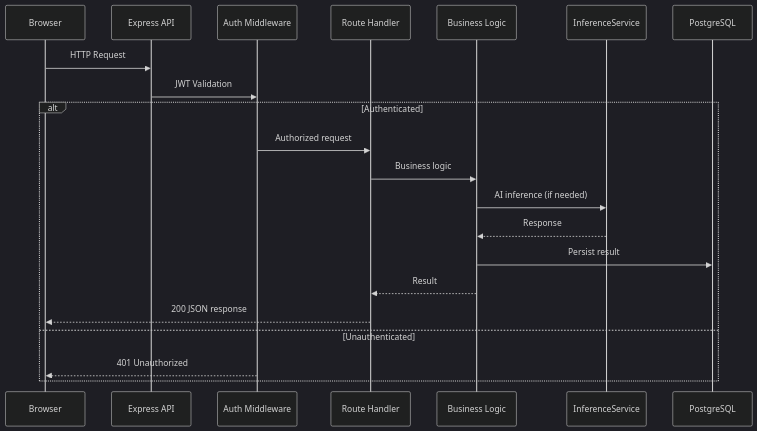
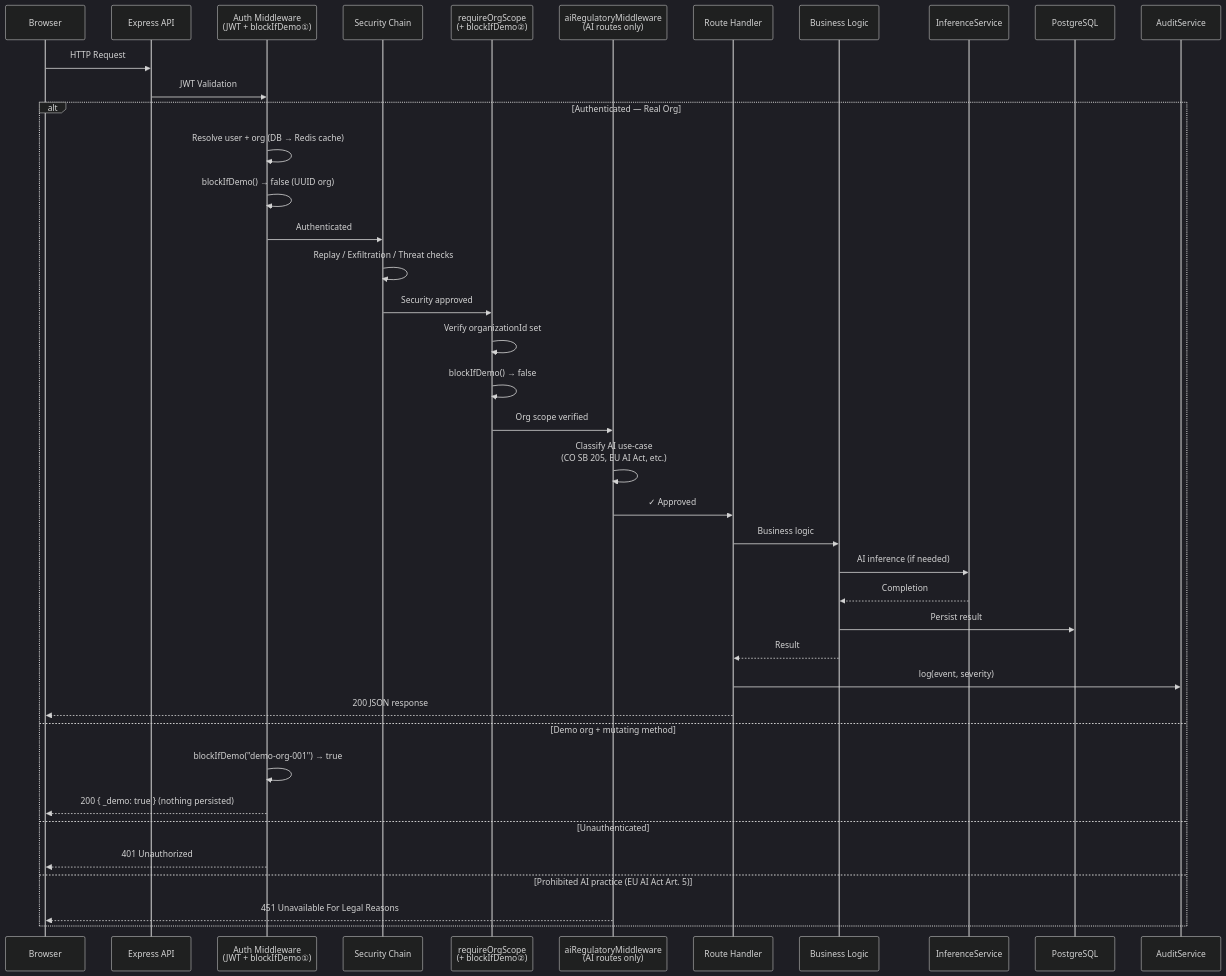
The third of 4 diagrams in docs/architecture/platform-overview.md (datacendia/datacendia-core), drawn with Mermaid (dark theme) before and after one commit. The commit also changed 5 other files, not shown here.

````diff
--- a/docs/architecture/platform-overview.md
+++ b/docs/architecture/platform-overview.md
@@ -101,25 +101,44 @@
 ```mermaid
 sequenceDiagram
     participant Browser
     participant Express as Express API
-    participant Auth as Auth Middleware
+    participant Auth as Auth Middleware<br/>(JWT + blockIfDemo①)
+    participant Sec as Security Chain
+    participant OrgScope as requireOrgScope<br/>(+ blockIfDemo②)
+    participant AIReg as aiRegulatoryMiddleware<br/>(AI routes only)
     participant Route as Route Handler
     participant Service as Business Logic
     participant AI as InferenceService
     participant DB as PostgreSQL
+    participant Audit as AuditService
 
     Browser->>Express: HTTP Request
     Express->>Auth: JWT Validation
 
-    alt Authenticated
-        Auth->>Route: Authorized request
+    alt Authenticated — Real Org
+        Auth->>Auth: Resolve user + org (DB → Redis cache)
+        Auth->>Auth: blockIfDemo() → false (UUID org)
+        Auth->>Sec: Authenticated
+        Sec->>Sec: Replay / Exfiltration / Threat checks
+        Sec->>OrgScope: Security approved
+        OrgScope->>OrgScope: Verify organizationId set
+        OrgScope->>OrgScope: blockIfDemo() → false
+        OrgScope->>AIReg: Org scope verified
+        AIReg->>AIReg: Classify AI use-case<br/>(CO SB 205, EU AI Act, etc.)
+        AIReg->>Route: ✓ Approved
         Route->>Service: Business logic
         Service->>AI: AI inference (if needed)
-        AI-->>Service: Response
+        AI-->>Service: Completion
         Service->>DB: Persist result
         Service-->>Route: Result
+        Route->>Audit: log(event, severity)
         Route-->>Browser: 200 JSON response
+    else Demo org + mutating method
+        Auth->>Auth: blockIfDemo("demo-org-001") → true
+        Auth-->>Browser: 200 { _demo: true } (nothing persisted)
     else Unauthenticated
         Auth-->>Browser: 401 Unauthorized
+    else Prohibited AI practice (EU AI Act Art. 5)
+        AIReg-->>Browser: 451 Unavailable For Legal Reasons
     end
 ```
````
